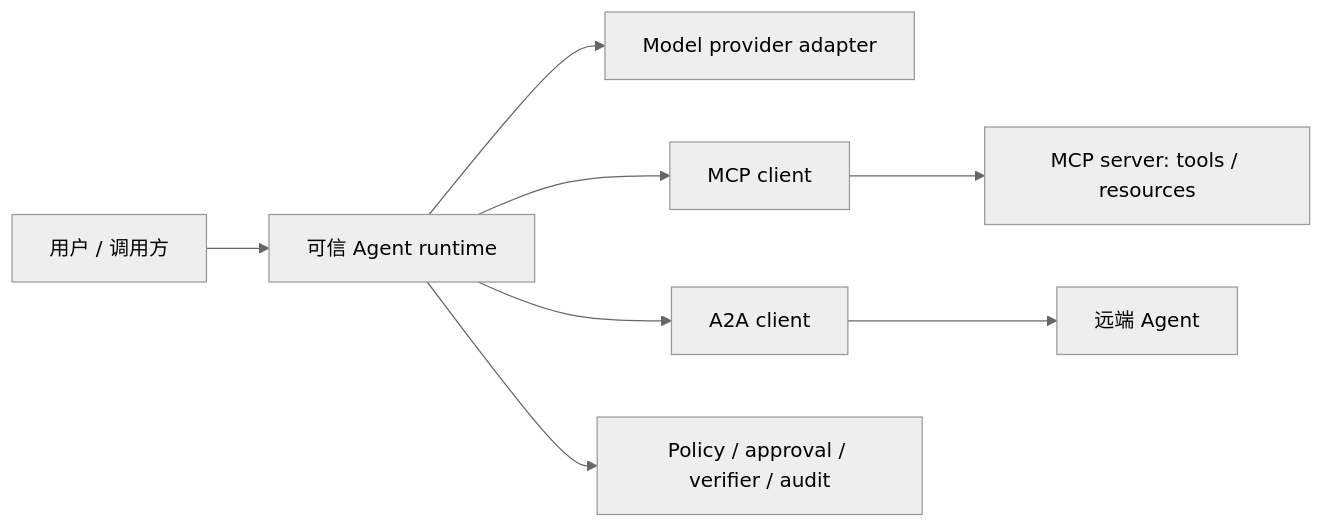
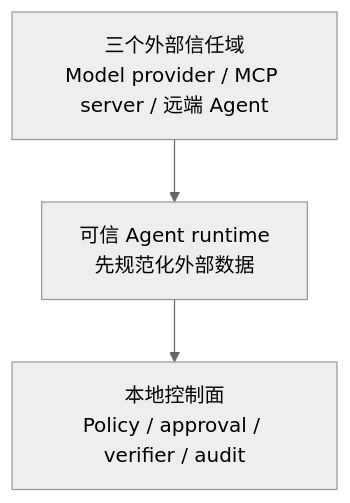
One commit to NightLemon/about-llm changed the second of 2 diagrams in docs/applications/agent-interoperability.md. Above: the diagram before and after it, drawn with Mermaid (neutral theme). The commit also changed other lines of this file, not shown here.

Commit message:
docs: follow one task across MCP and A2A

````diff
--- a/docs/applications/agent-interoperability.md
+++ b/docs/applications/agent-interoperability.md
@@ -183,10 +182,5 @@
 ```mermaid
-flowchart LR
-  U["用户 / 调用方"] --> H["可信 Agent runtime"]
-  H --> P["Model provider adapter"]
-  H --> M["MCP client"]
-  M --> S["MCP server: tools / resources"]
-  H --> A["A2A client"]
-  A --> R["远端 Agent"]
-  H --> V["Policy / approval / verifier / audit"]
+flowchart TD
+  E["三个外部信任域<br/>Model provider / MCP server / 远端 Agent"] --> H["可信 Agent runtime<br/>先规范化外部数据"]
+  H --> V["本地控制面<br/>Policy / approval / verifier / audit"]
 ```
````
